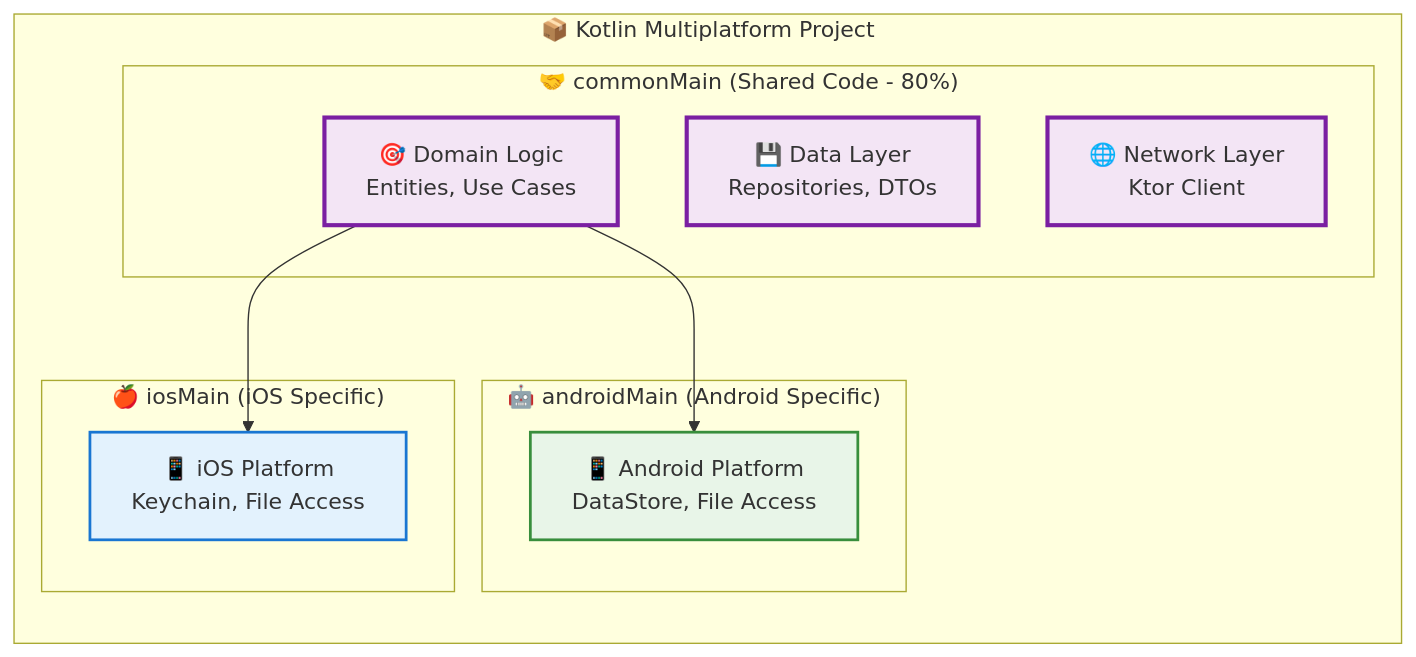
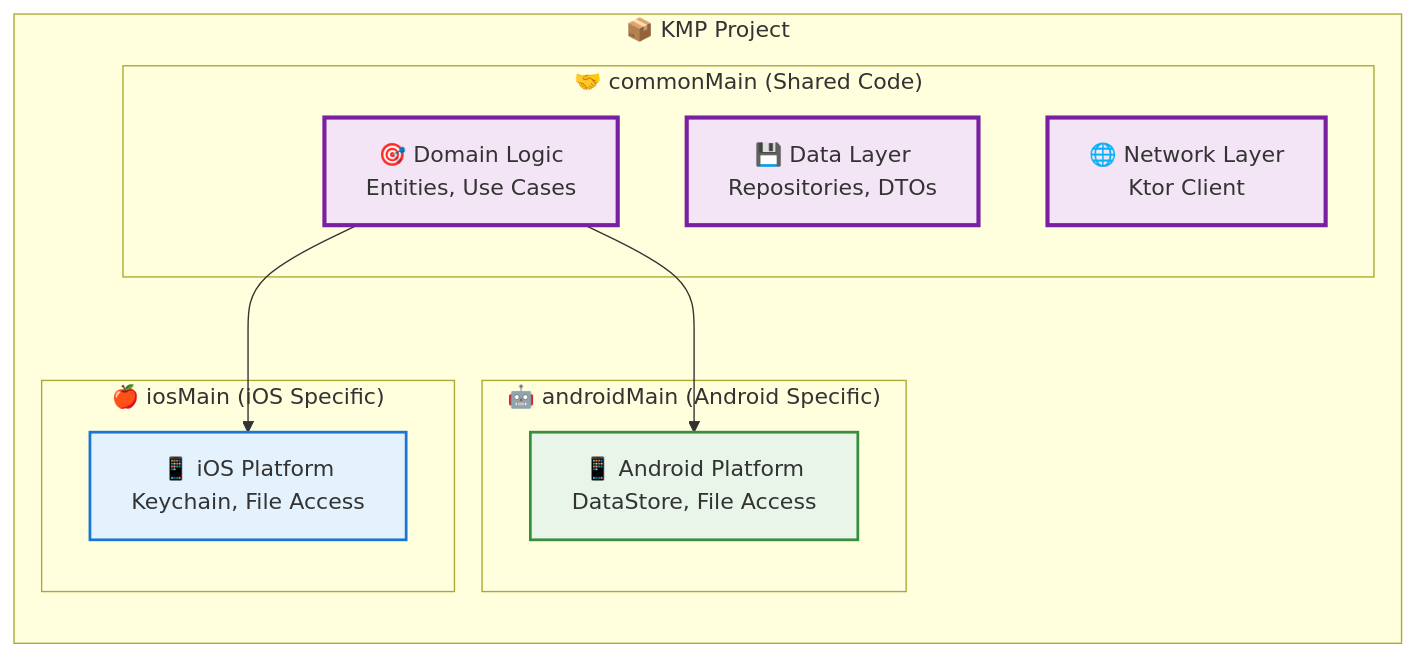
One commit to asobrados03/HumanPerformMobileApp changed the third of 5 diagrams in README.md. Above: the diagram before and after it, drawn with Mermaid. The commit also changed other lines of this file, not shown here.

````diff
--- a/README.md
+++ b/README.md
@@ -183,31 +170,31 @@
 ```mermaid
 graph LR
-    subgraph "📦 Kotlin Multiplatform Project"
+    subgraph "📦 KMP Project"
         direction TB
         
-        subgraph "🤝 commonMain (Shared Code - 80%)"
+        subgraph "🤝 commonMain (Shared Code)"
             COMMON_DOMAIN[🎯 Domain Logic<br/>Entities, Use Cases]
             COMMON_DATA[💾 Data Layer<br/>Repositories, DTOs]
             COMMON_NET[🌐 Network Layer<br/>Ktor Client]
         end
         
         subgraph "🤖 androidMain (Android Specific)"
             ANDROID_PLAT[📱 Android Platform<br/>DataStore, File Access]
         end
         
         subgraph "🍎 iosMain (iOS Specific)"
             IOS_PLAT[📱 iOS Platform<br/>Keychain, File Access]
         end
         
         COMMON_DOMAIN --> ANDROID_PLAT
         COMMON_DOMAIN --> IOS_PLAT
     end
     
     classDef commonCode fill:#f3e5f5,stroke:#7b1fa2,stroke-width:3px
     classDef androidCode fill:#e8f5e8,stroke:#388e3c,stroke-width:2px
     classDef iosCode fill:#e3f2fd,stroke:#1976d2,stroke-width:2px
     
     class COMMON_DOMAIN,COMMON_DATA,COMMON_NET commonCode
     class ANDROID_PLAT androidCode
     class IOS_PLAT iosCode
 ```
````
